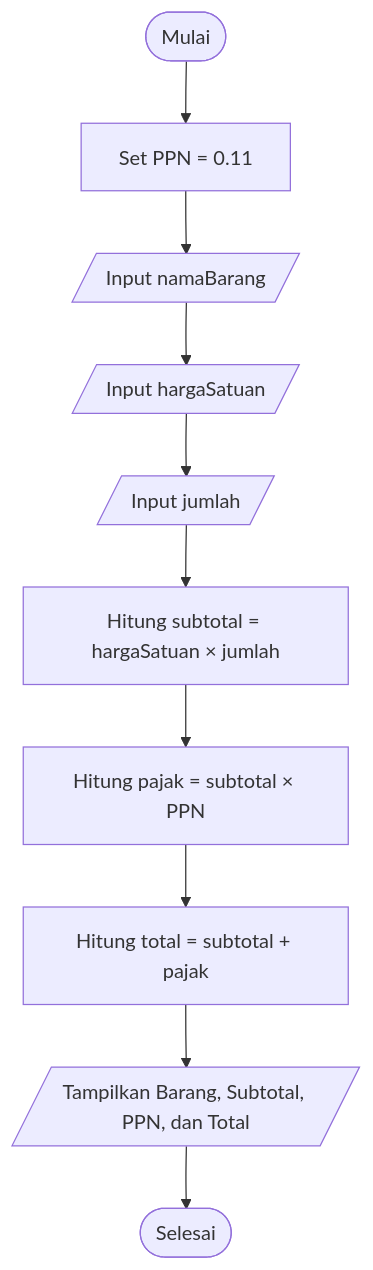
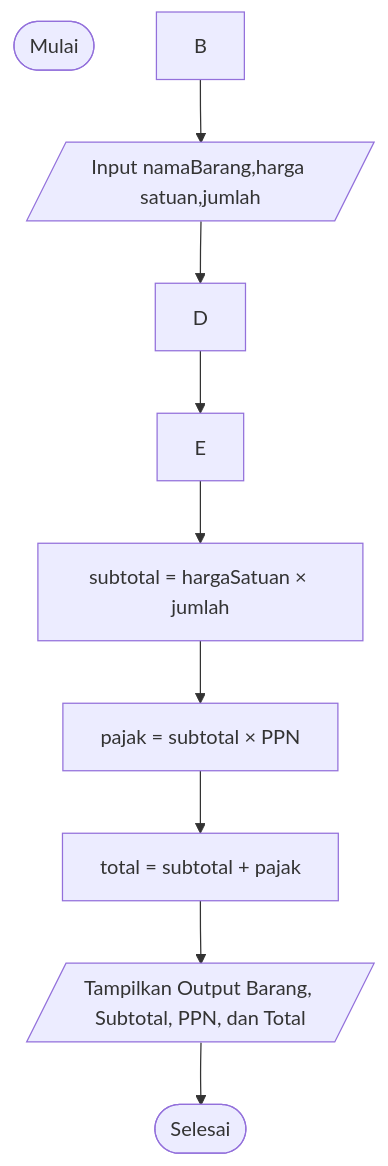
Before and after one commit to Itongaban/PRAKTIKUM-5: the diagram in Flowchart.md, drawn with Mermaid.

````diff
--- a/Flowchart.md
+++ b/Flowchart.md
@@ -3,12 +3,12 @@
 ```mermaid
 flowchart TD
-    A([Mulai]) --> B[Set PPN = 0.11]
-    B --> C[/Input namaBarang/]
-    C --> D[/Input hargaSatuan/]
-    D --> E[/Input jumlah/]
-    E --> F[Hitung subtotal = hargaSatuan × jumlah]
-    F --> G[Hitung pajak = subtotal × PPN]
-    G --> H[Hitung total = subtotal + pajak]
-    H --> I[/Tampilkan Barang, Subtotal, PPN, dan Total/]
+    A([Mulai]) 
+    B --> C[/Input namaBarang,harga satuan,jumlah/]
+    C --> D
+    D --> E
+    E --> F[ subtotal = hargaSatuan × jumlah]
+    F --> G[ pajak = subtotal × PPN]
+    G --> H[ total = subtotal + pajak]
+    H --> I[/Tampilkan Output Barang, Subtotal, PPN, dan Total/]
     I --> J([Selesai])
 ```
````
